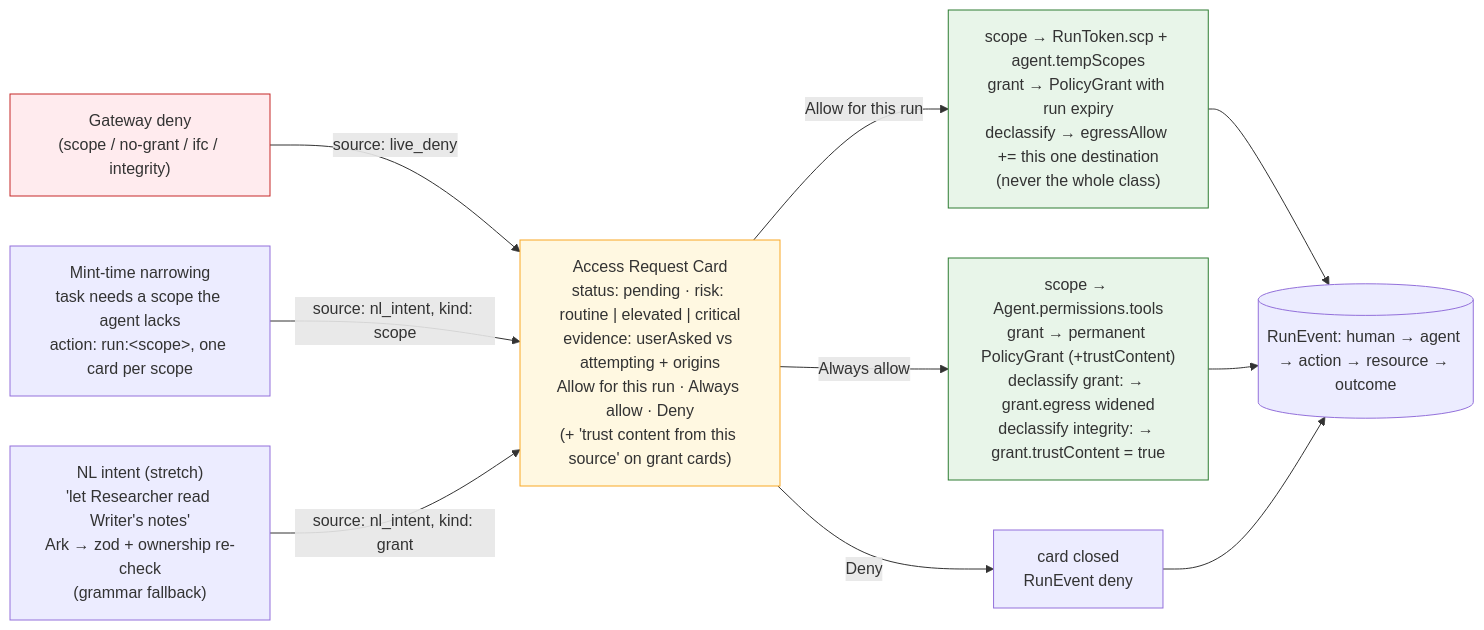
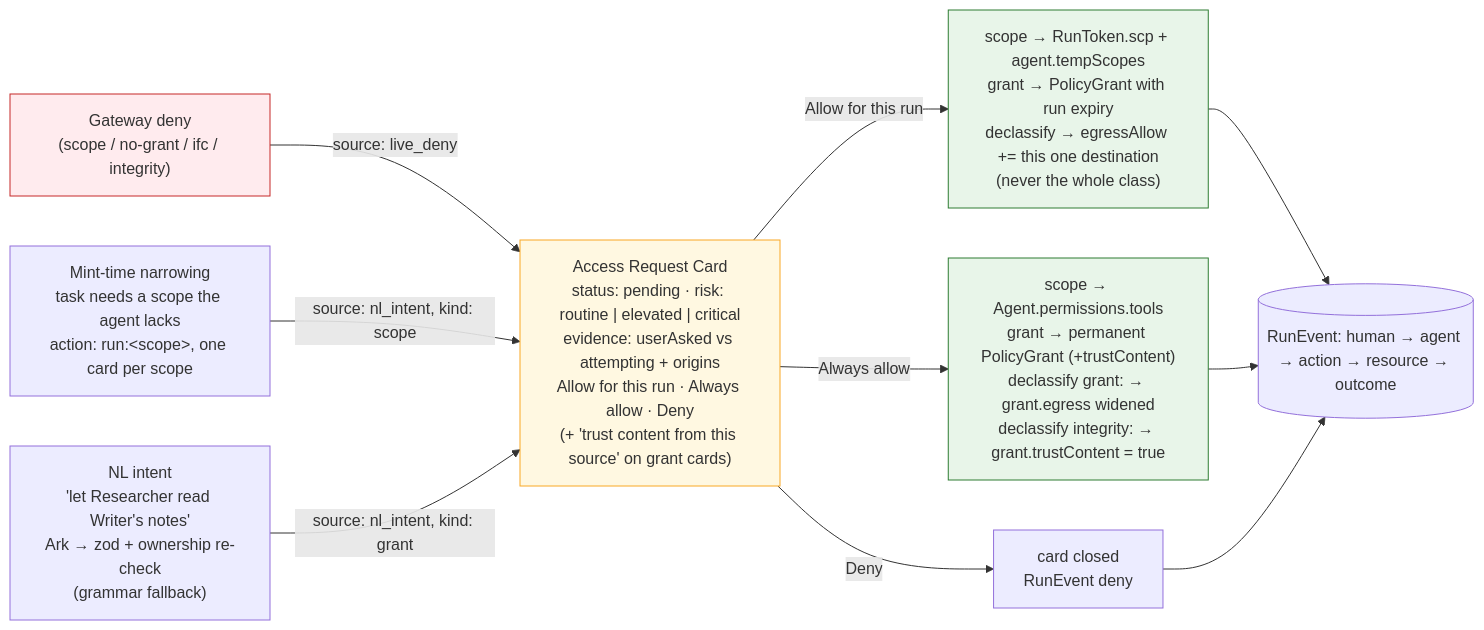
One commit to jeanyang04/TikTokJam-2026 changed the fifth of 9 diagrams in docs/DIAGRAMS.md. Above: the diagram before and after it, drawn with Mermaid. The commit also changed other lines of this file and 6 other files, not shown here.

````diff
--- a/docs/DIAGRAMS.md
+++ b/docs/DIAGRAMS.md
@@ -224,18 +224,18 @@
 ```mermaid
 flowchart LR
     D["Gateway deny<br/>(scope / no-grant / ifc / integrity)"] -- "source: live_deny" --> CARD
     PRE["Mint-time narrowing<br/>task needs a scope the agent lacks<br/>action: run:&lt;scope&gt;, one card per scope"] -- "source: nl_intent, kind: scope" --> CARD
-    N["NL intent (stretch)<br/>'let Researcher read Writer's notes'<br/>Ark → zod + ownership re-check<br/>(grammar fallback)"] -- "source: nl_intent, kind: grant" --> CARD
+    N["NL intent<br/>'let Researcher read Writer's notes'<br/>Ark → zod + ownership re-check<br/>(grammar fallback)"] -- "source: nl_intent, kind: grant" --> CARD
 
     CARD["Access Request Card<br/>status: pending · risk: routine | elevated | critical<br/>evidence: userAsked vs attempting + origins<br/>Allow for this run · Always allow · Deny<br/>(+ 'trust content from this source' on grant cards)"]
 
     CARD -- "Allow for this run" --> ONCE["scope → RunToken.scp + agent.tempScopes<br/>grant → PolicyGrant with run expiry<br/>declassify → egressAllow += this one destination<br/>(never the whole class)"]
     CARD -- "Always allow" --> ALWAYS["scope → Agent.permissions.tools<br/>grant → permanent PolicyGrant (+trustContent)<br/>declassify grant: → grant.egress widened<br/>declassify integrity: → grant.trustContent = true"]
     CARD -- "Deny" --> DENY["card closed<br/>RunEvent deny"]
     ONCE & ALWAYS & DENY --> EV[("RunEvent: human → agent → action → resource → outcome")]
 
     style D fill:#ffebee,stroke:#c62828
     style CARD fill:#fff8e1,stroke:#f9a825
     style ALWAYS fill:#e8f5e9,stroke:#2e7d32
     style ONCE fill:#e8f5e9,stroke:#2e7d32
 ```
````
